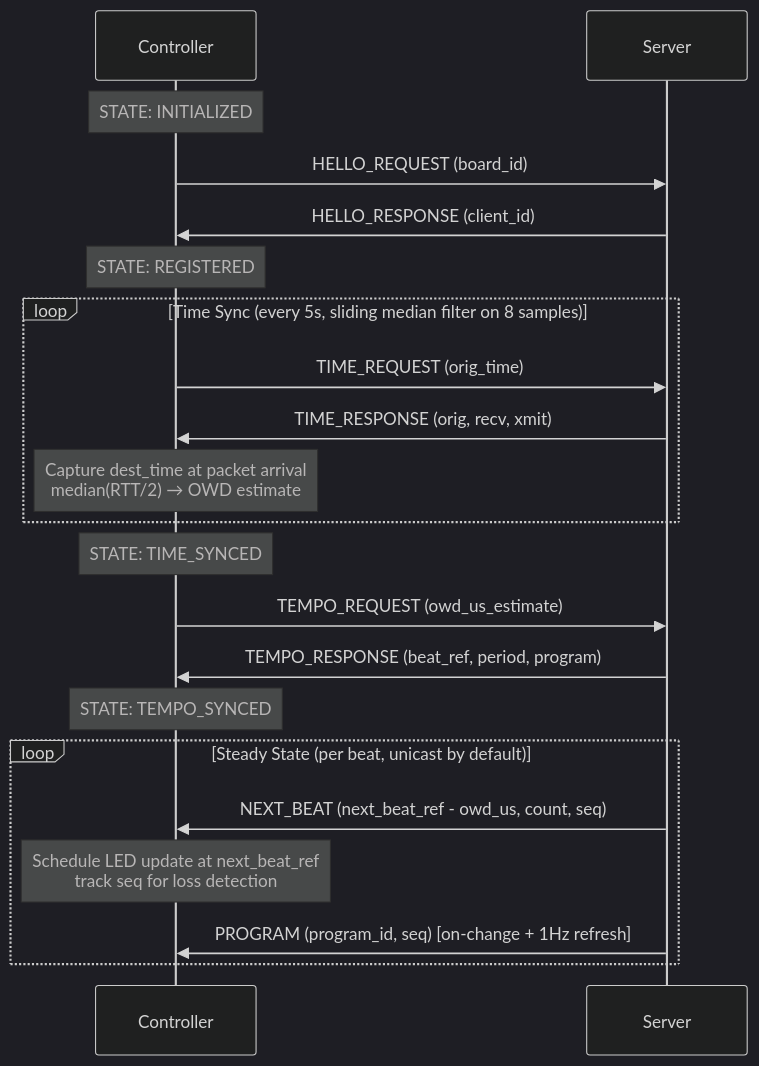
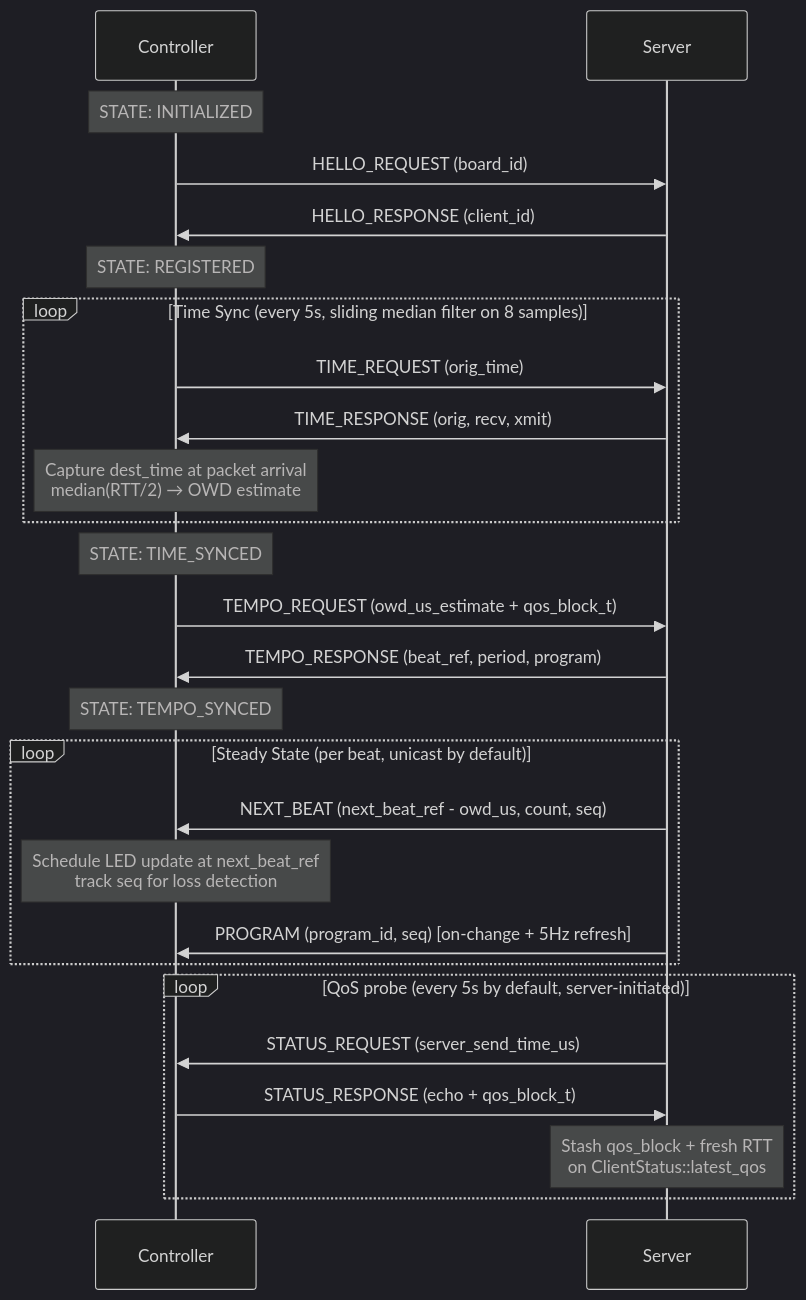
One commit to oost/beatled changed the diagram in docs/controller-sync.markdown. Above: the diagram before and after it, drawn with Mermaid (dark theme). The commit also changed other lines of this file and 12 other files, not shown here.

````diff
--- a/docs/controller-sync.markdown
+++ b/docs/controller-sync.markdown
@@ -12,27 +12,33 @@
 ```mermaid
 sequenceDiagram
     participant C as Controller
     participant S as Server
 
     Note over C: STATE: INITIALIZED
     C->>S: HELLO_REQUEST (board_id)
     S->>C: HELLO_RESPONSE (client_id)
     Note over C: STATE: REGISTERED
 
     loop Time Sync (every 5s, sliding median filter on 8 samples)
         C->>S: TIME_REQUEST (orig_time)
         S->>C: TIME_RESPONSE (orig, recv, xmit)
         Note over C: Capture dest_time at packet arrival<br/>median(RTT/2) → OWD estimate
     end
     Note over C: STATE: TIME_SYNCED
 
-    C->>S: TEMPO_REQUEST (owd_us_estimate)
+    C->>S: TEMPO_REQUEST (owd_us_estimate + qos_block_t)
     S->>C: TEMPO_RESPONSE (beat_ref, period, program)
     Note over C: STATE: TEMPO_SYNCED
 
     loop Steady State (per beat, unicast by default)
         S->>C: NEXT_BEAT (next_beat_ref - owd_us, count, seq)
         Note over C: Schedule LED update at next_beat_ref<br/>track seq for loss detection
-        S->>C: PROGRAM (program_id, seq) [on-change + 1Hz refresh]
+        S->>C: PROGRAM (program_id, seq) [on-change + 5Hz refresh]
+    end
+
+    loop QoS probe (every 5s by default, server-initiated)
+        S->>C: STATUS_REQUEST (server_send_time_us)
+        C->>S: STATUS_RESPONSE (echo + qos_block_t)
+        Note over S: Stash qos_block + fresh RTT<br/>on ClientStatus::latest_qos
     end
 ```
````
